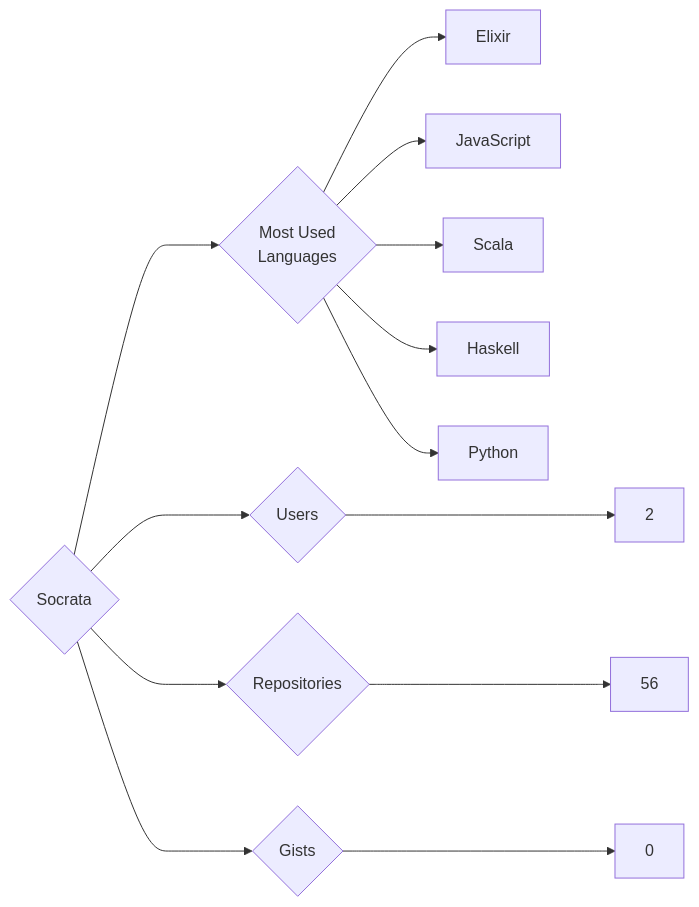
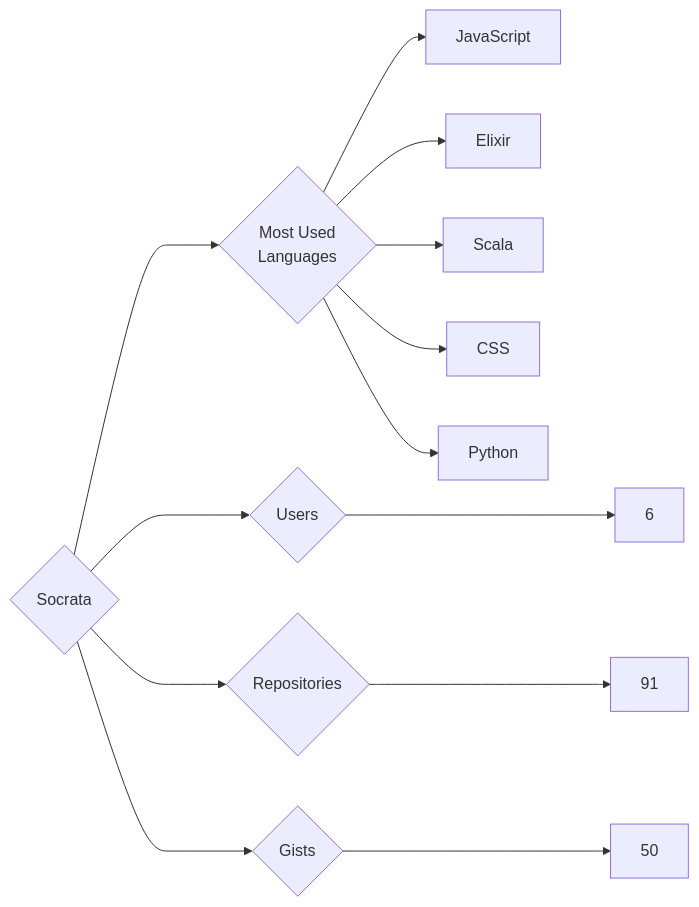
One commit to trickest/insiders changed the diagram in targets/Socrata/README.md. Above: the diagram before and after it, drawn with Mermaid. The commit also changed 997 other files, not shown here.

````diff
--- a/targets/Socrata/README.md
+++ b/targets/Socrata/README.md
@@ -3,13 +3,13 @@
 ```mermaid
 graph LR
 COMPANY_NAME{Socrata}
-COMPANY_NAME ---> U{Users} ---> UN[2]
-COMPANY_NAME ---> R{Repositories} ---> RN[56]
-COMPANY_NAME ---> G{Gists} ---> GN[0]
+COMPANY_NAME ---> U{Users} ---> UN[6]
+COMPANY_NAME ---> R{Repositories} ---> RN[91]
+COMPANY_NAME ---> G{Gists} ---> GN[50]
 COMPANY_NAME ---> ML{Most Used<br>Languages}
-ML --> Elixir
-ML --> JavaScript
-ML --> Scala
-ML --> Haskell
-ML --> Python
+ML --> JavaScript[JavaScript]
+ML --> Elixir[Elixir]
+ML --> Scala[Scala]
+ML --> CSS[CSS]
+ML --> Python[Python]
 ```
````
